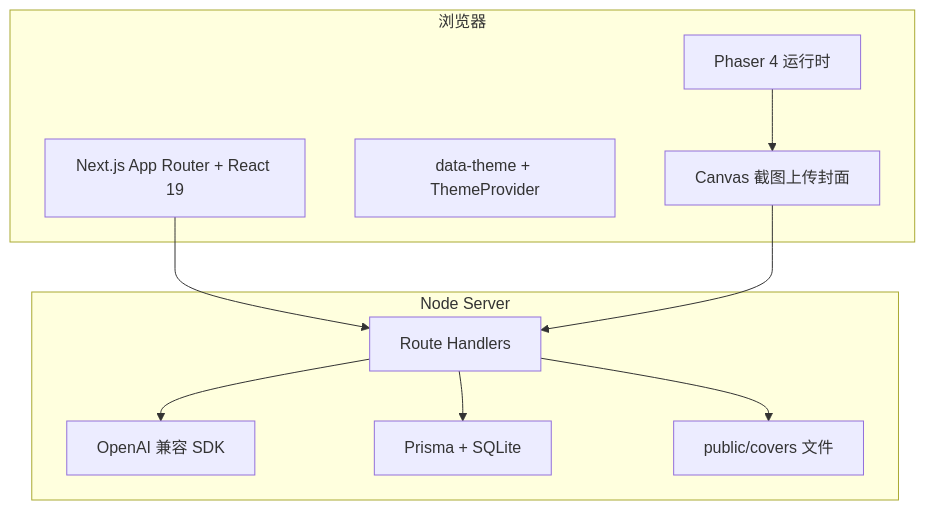
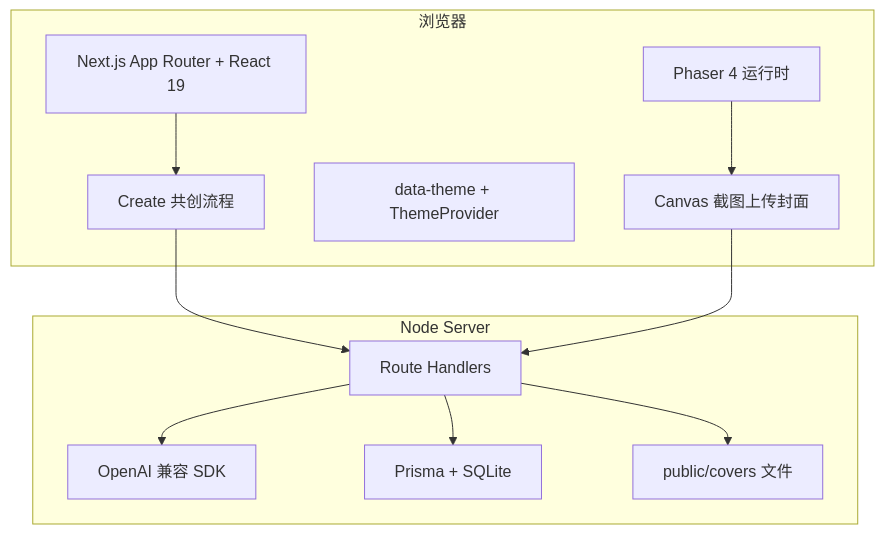
The second of 4 diagrams in README.md (gaogg521/1one-game), drawn with Mermaid before and after one commit. The commit also changed other lines of this file and 96 other files, not shown here.

````diff
--- a/README.md
+++ b/README.md
@@ -142,21 +150,23 @@
 ```mermaid
 flowchart TB
   subgraph Client [浏览器]
     UI[Next.js App Router + React 19]
+    Flow[Create 共创流程]
     Theme[data-theme + ThemeProvider]
     Phaser[Phaser 4 运行时]
     Cap[Canvas 截图上传封面]
   end
   subgraph Server [Node Server]
     API[Route Handlers]
     OAI[OpenAI 兼容 SDK]
     Prisma[Prisma + SQLite]
     FS[public/covers 文件]
   end
-  UI --> API
+  UI --> Flow
+  Flow --> API
   Phaser --> Cap
   Cap --> API
   API --> OAI
   API --> Prisma
   API --> FS
 ```
````
